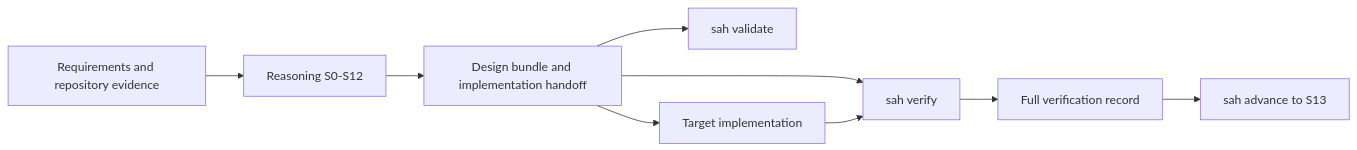
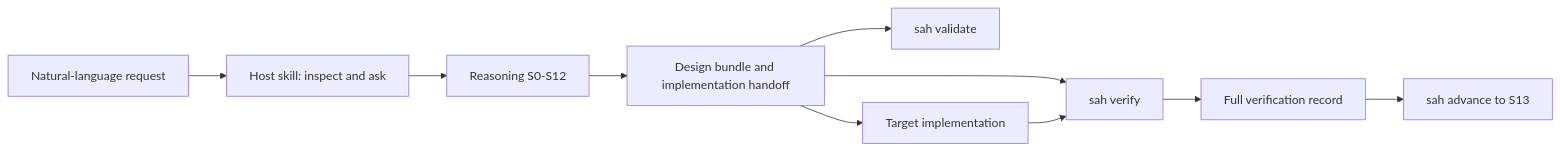
One commit to 2000silpeed/sah changed the diagram in README.md. Above: the diagram before and after it, drawn with Mermaid. The commit also changed other lines of this file and 14 other files, not shown here.

```diff
--- a/README.md
+++ b/README.md
@@ -45,11 +48,12 @@
 ~~~mermaid
 flowchart LR
-    A[Requirements and repository evidence] --> B[Reasoning S0-S12]
-    B --> C[Design bundle and implementation handoff]
+    A[Natural-language request] --> B[Host skill: inspect and ask]
+    B --> C0[Reasoning S0-S12]
+    C0 --> C[Design bundle and implementation handoff]
     C --> D[sah validate]
     C --> E[Target implementation]
     C --> F[sah verify]
     E --> F
     F --> G[Full verification record]
     G --> H[sah advance to S13]
 ~~~
```
